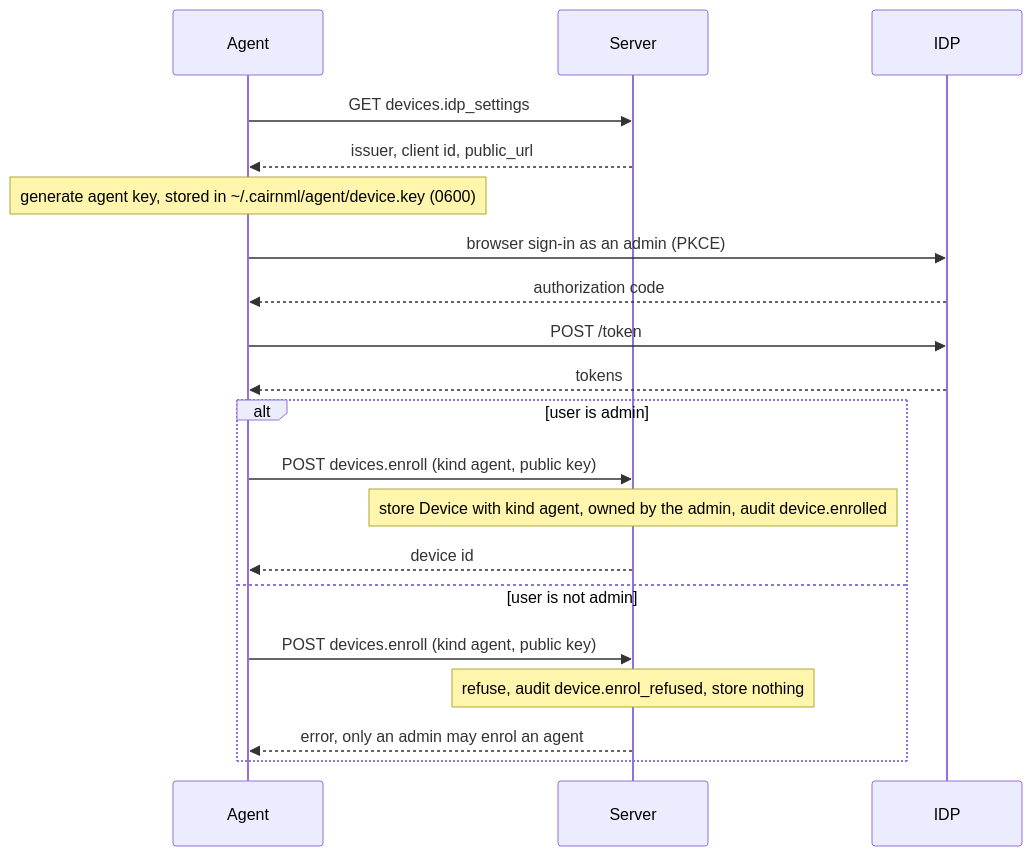
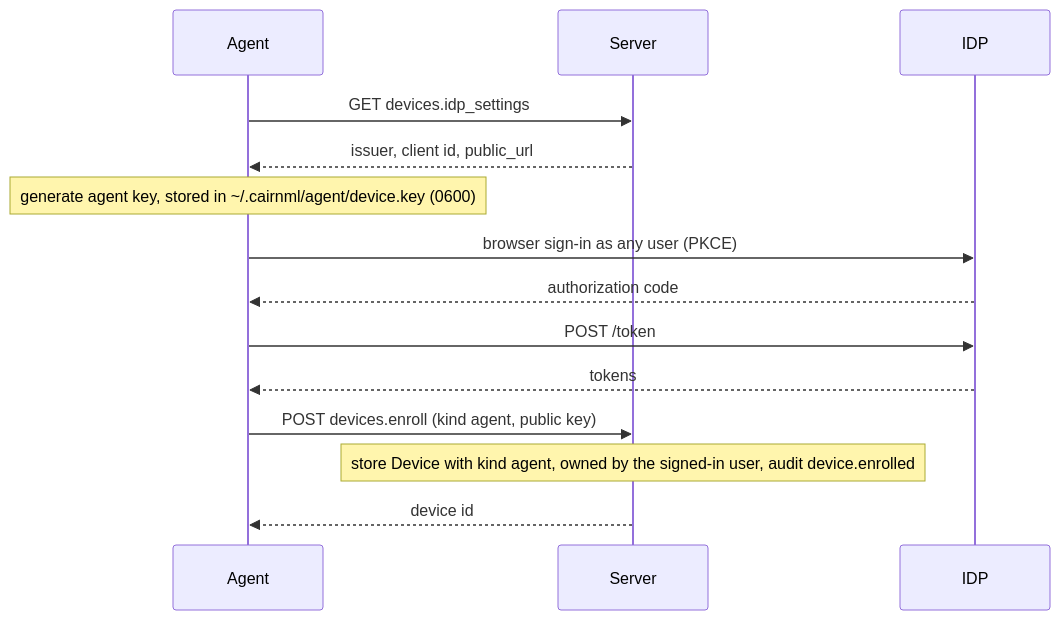
Before and after one commit to gianlucapargaetzi/cairnml-server: the second of 2 diagrams in docs/architecture/flows/device-enrolment.md, drawn with Mermaid. The commit also changed other lines of this file and 8 other files, not shown here.

First line of the commit message:
Let any signed-in user enrol an agent

````diff
--- a/docs/architecture/flows/device-enrolment.md
+++ b/docs/architecture/flows/device-enrolment.md
@@ -31,23 +31,17 @@
 ```mermaid
 sequenceDiagram
     participant Agent
     participant Server
     participant IDP
 
     Agent->>Server: GET devices.idp_settings
     Server-->>Agent: issuer, client id, public_url
     Note over Agent: generate agent key, stored in ~/.cairnml/agent/device.key (0600)
-    Agent->>IDP: browser sign-in as an admin (PKCE)
+    Agent->>IDP: browser sign-in as any user (PKCE)
     IDP-->>Agent: authorization code
     Agent->>IDP: POST /token
     IDP-->>Agent: tokens
-    alt user is admin
-        Agent->>Server: POST devices.enroll (kind agent, public key)
-        Note over Server: store Device with kind agent, owned by the admin, audit device.enrolled
-        Server-->>Agent: device id
-    else user is not admin
-        Agent->>Server: POST devices.enroll (kind agent, public key)
-        Note over Server: refuse, audit device.enrol_refused, store nothing
-        Server-->>Agent: error, only an admin may enrol an agent
-    end
+    Agent->>Server: POST devices.enroll (kind agent, public key)
+    Note over Server: store Device with kind agent, owned by the signed-in user, audit device.enrolled
+    Server-->>Agent: device id
 ```
````
